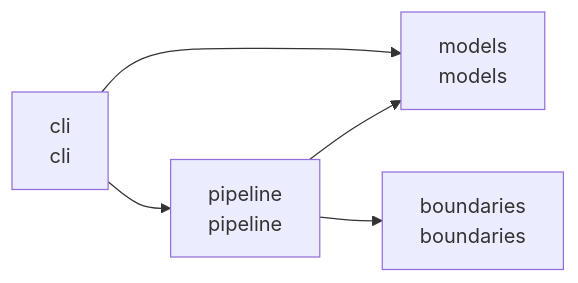
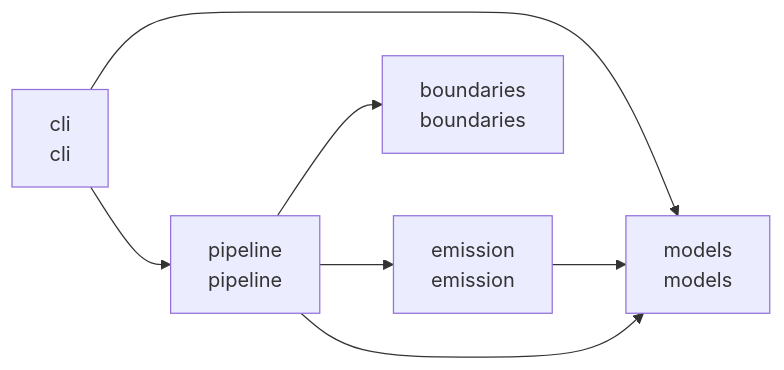
The diagram in README.md (cj-mills/cjm-transcription-core), drawn with Mermaid before and after one commit. The commit also changed other lines of this file and 14 other files, not shown here.

````diff
--- a/README.md
+++ b/README.md
@@ -24,12 +25,15 @@
 ``` mermaid
 graph LR
     boundaries["boundaries<br/>boundaries"]
     cli["cli<br/>cli"]
+    emission["emission<br/>emission"]
     models["models<br/>models"]
     pipeline["pipeline<br/>pipeline"]
 
+    cli --> models
     cli --> pipeline
-    cli --> models
+    emission --> models
+    pipeline --> boundaries
+    pipeline --> emission
     pipeline --> models
-    pipeline --> boundaries
 ```
````
